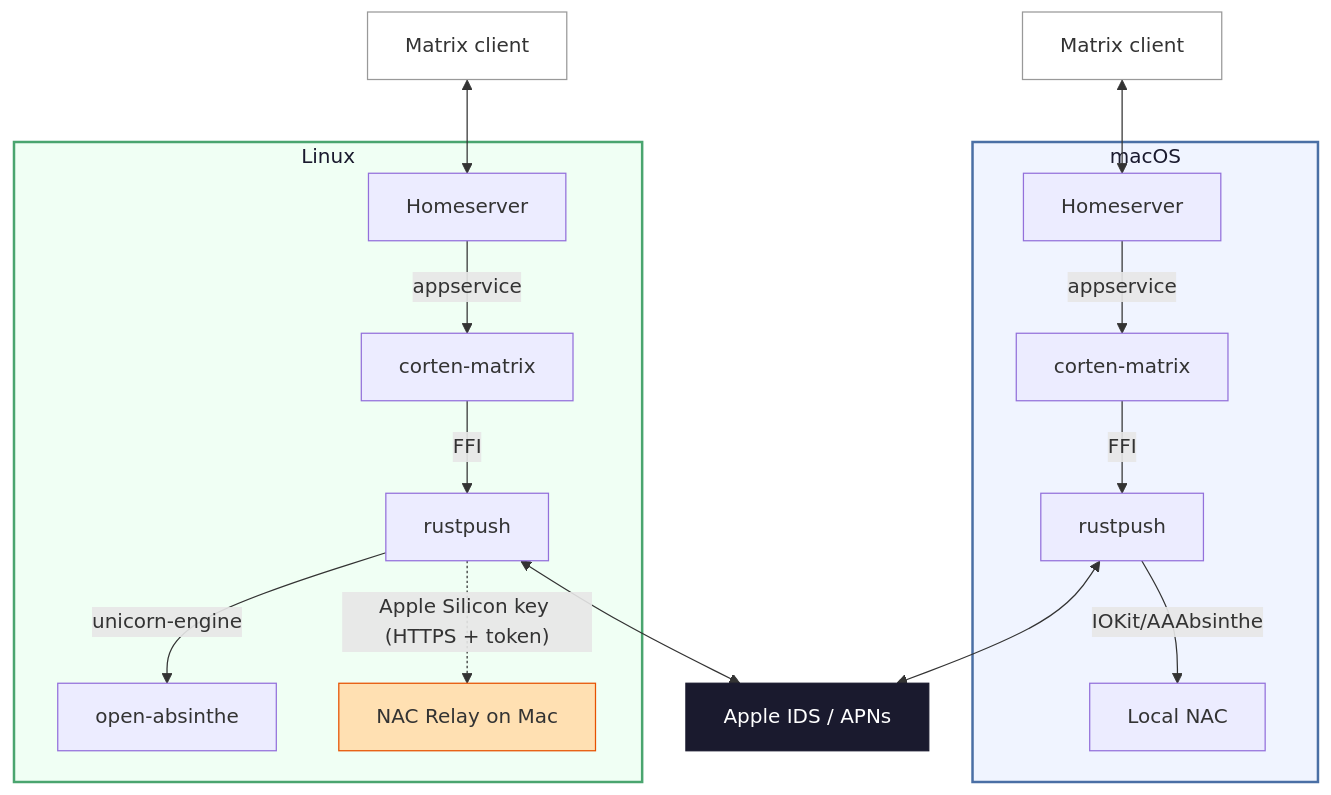
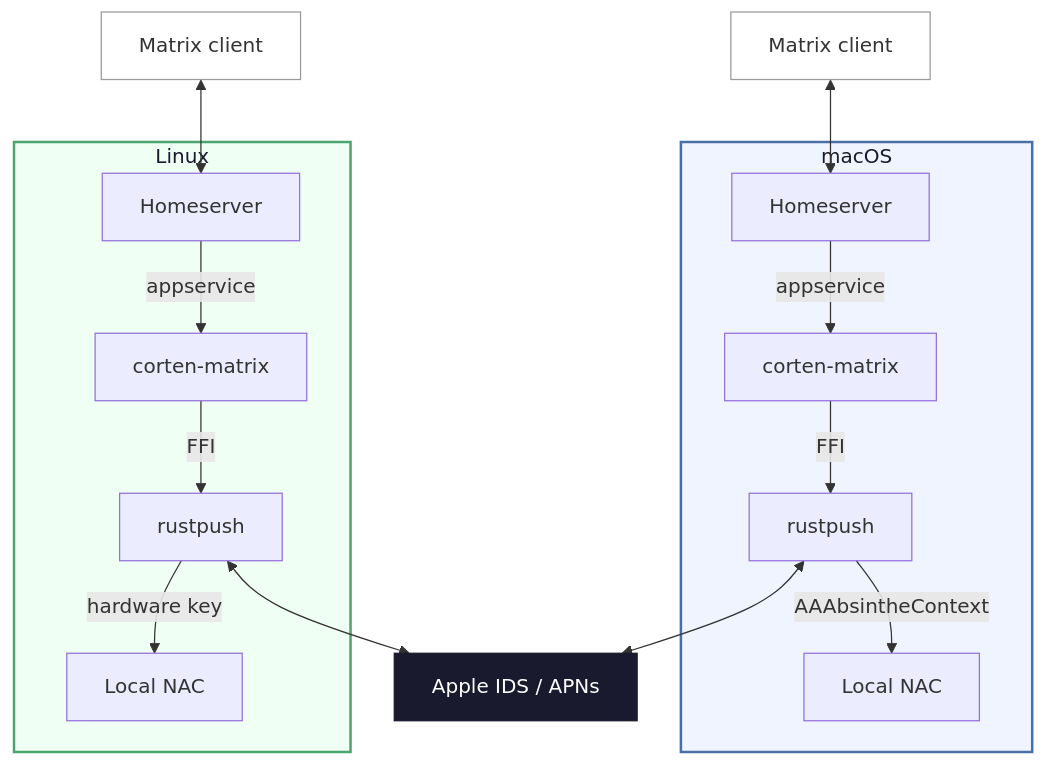
The diagram in README.md (lwittwer/imessage), drawn with Mermaid before and after one commit. The commit also changed other lines of this file, not shown here.

````diff
--- a/README.md
+++ b/README.md
@@ -533,25 +324,23 @@
 ```mermaid
 flowchart TB
     subgraph macos["macOS"]
         HS1[Homeserver] -- appservice --> Bridge1[corten-matrix]
         Bridge1 -- FFI --> RP1[rustpush]
-        RP1 -- IOKit/AAAbsinthe --> NAC1[Local NAC]
+        RP1 -- AAAbsintheContext --> NAC1[Local NAC]
     end
     subgraph linux["Linux"]
         HS2[Homeserver] -- appservice --> Bridge2[corten-matrix]
         Bridge2 -- FFI --> RP2[rustpush]
-        RP2 -- unicorn-engine --> NAC2[open-absinthe]
-        RP2 -. "Apple Silicon key (HTTPS + token)" .-> Relay[NAC Relay on Mac]
+        RP2 -- hardware key --> NAC2[Local NAC]
     end
     Client1[Matrix client] <--> HS1
     Client2[Matrix client] <--> HS2
     RP1 <--> Apple[Apple IDS / APNs]
     RP2 <--> Apple
 
     style macos fill:#f0f4ff,stroke:#4a6fa5,stroke-width:2px,color:#1a1a2e
     style linux fill:#f0fff4,stroke:#4aa56f,stroke-width:2px,color:#1a1a2e
     style Apple fill:#1a1a2e,stroke:#1a1a2e,color:#fff
     style Client1 fill:#fff,stroke:#999,color:#333
     style Client2 fill:#fff,stroke:#999,color:#333
-    style Relay fill:#ffe0b2,stroke:#e65100,color:#333
 ```
````
